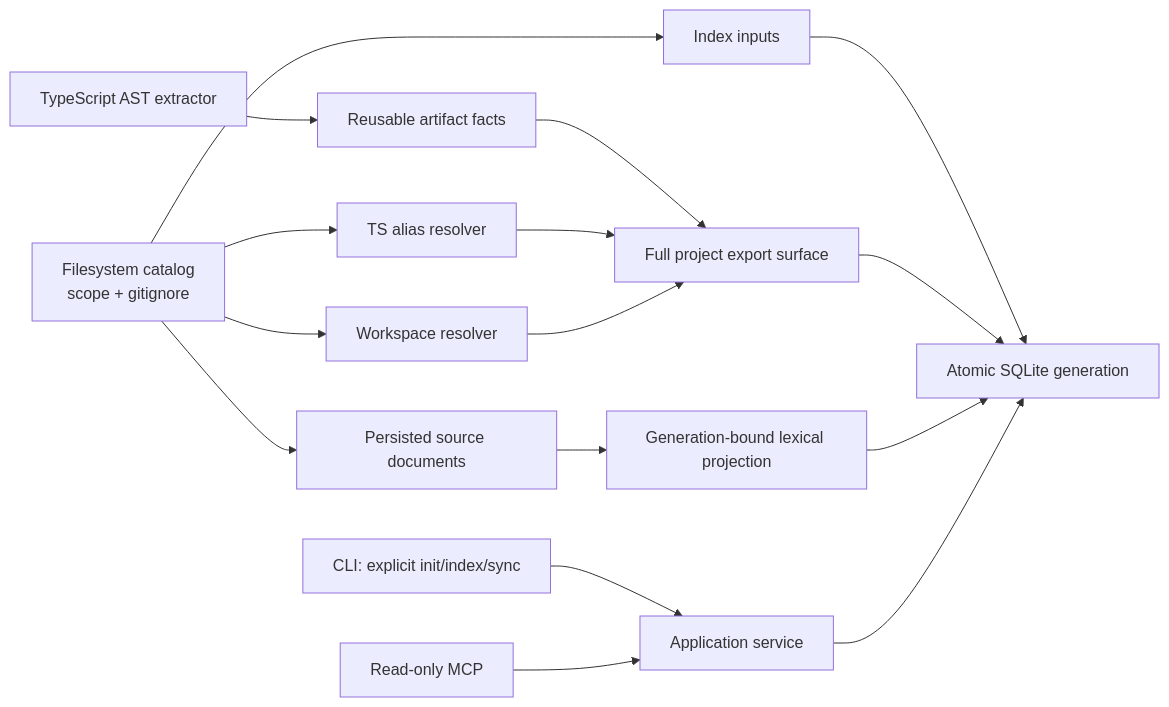
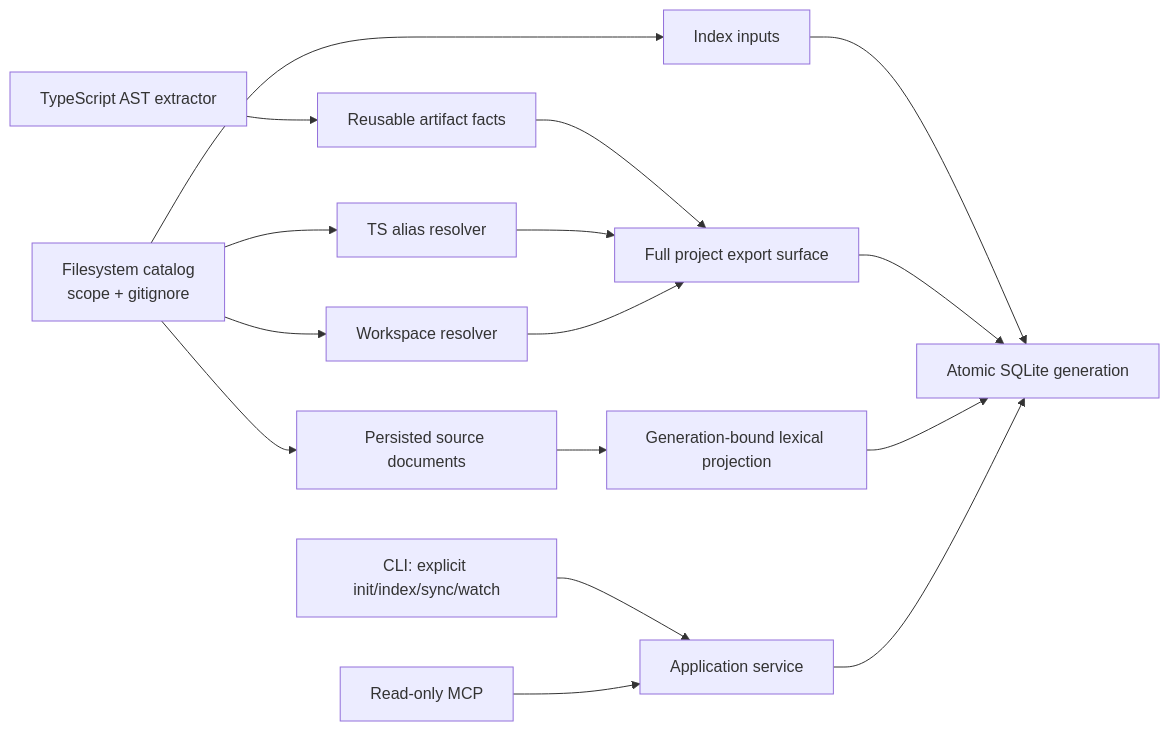
The diagram in README.md (HsinPu/SymbolLattice), drawn with Mermaid before and after one commit. The commit also changed other lines of this file and 12 other files, not shown here.

````diff
--- a/README.md
+++ b/README.md
@@ -334,18 +369,18 @@
 ```mermaid
 flowchart LR
-  CLI["CLI: explicit init/index/sync"] --> App["Application service"]
+  CLI["CLI: explicit init/index/sync/watch"] --> App["Application service"]
   MCP["Read-only MCP"] --> App
   Catalog["Filesystem catalog\nscope + gitignore"] --> Inputs["Index inputs"]
   Catalog --> TS["TS alias resolver"]
   Catalog --> WS["Workspace resolver"]
   Extractor["TypeScript AST extractor"] --> Facts["Reusable artifact facts"]
   Catalog --> SourceDocs["Persisted source documents"]
   SourceDocs --> Retrieval["Generation-bound lexical projection"]
   Facts --> Resolver["Full project export surface"]
   TS --> Resolver
   WS --> Resolver
   Inputs --> SQLite["Atomic SQLite generation"]
   Resolver --> SQLite
   Retrieval --> SQLite
   App --> SQLite
 ```
````
